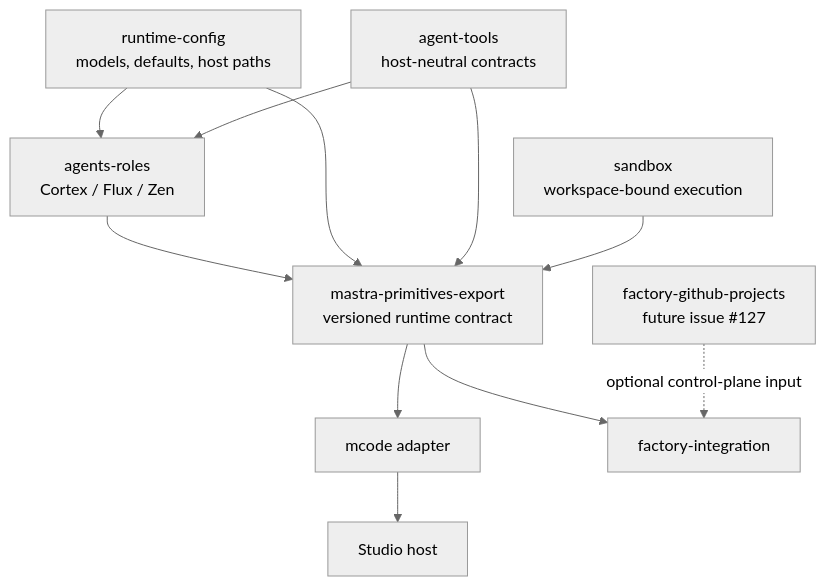
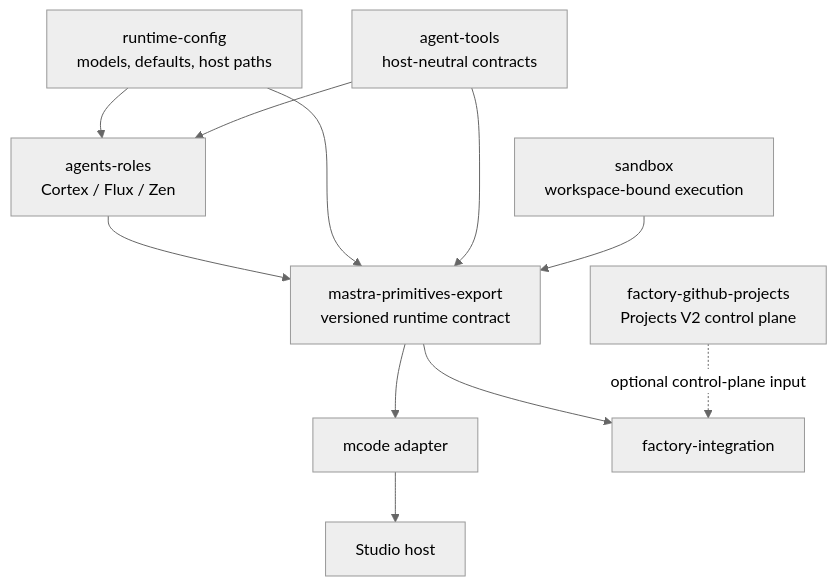
One commit to rlabs88/mastra-toolkit changed the diagram in docs/mcode-factory-compatibility.md. Above: the diagram before and after it, drawn with Mermaid (neutral theme). The commit also changed other lines of this file and 28 other files, not shown here.

Commit message:
feat(factory): add GitHub Projects V2 control plane

````diff
--- a/docs/mcode-factory-compatibility.md
+++ b/docs/mcode-factory-compatibility.md
@@ -5,23 +5,23 @@
 ```mermaid
 flowchart TB
   Config["runtime-config<br/>models, defaults, host paths"]
   Tools["agent-tools<br/>host-neutral contracts"]
   Roles["agents-roles<br/>Cortex / Flux / Zen"]
   Sandbox["sandbox<br/>workspace-bound execution"]
   Primitives["mastra-primitives-export<br/>versioned runtime contract"]
   MCode["mcode adapter"]
   Studio["Studio host"]
   Factory["factory-integration"]
-  Projects["factory-github-projects<br/>future issue #127"]
+  Projects["factory-github-projects<br/>Projects V2 control plane"]
 
   Config --> Roles
   Tools --> Roles
   Roles --> Primitives
   Config --> Primitives
   Tools --> Primitives
   Sandbox --> Primitives
   Primitives --> MCode
   MCode --> Studio
   Primitives --> Factory
   Projects -. "optional control-plane input" .-> Factory
 ```
````
